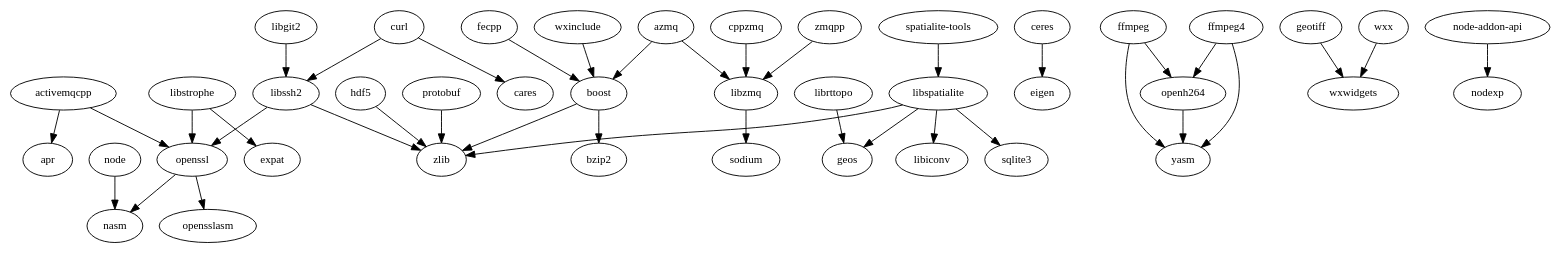
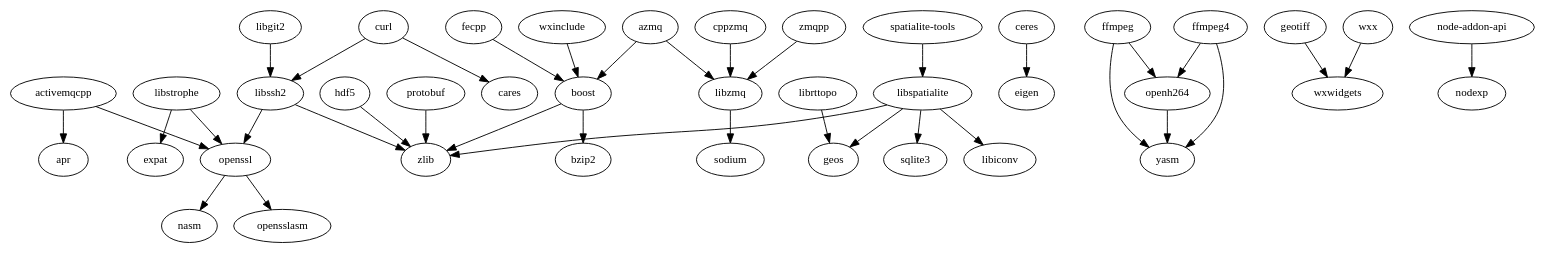
Before and after one commit to externpro/externpro: the diagram in cmake/deps.dot, drawn with Graphviz. The commit also changed 3 other files, not shown here.

```diff
--- a/cmake/deps.dot
+++ b/cmake/deps.dot
@@ -1,41 +1,40 @@
 digraph GG {
   node [fontsize=12];
   "activemqcpp" -> "apr";
   "activemqcpp" -> "openssl";
   "azmq" -> "boost";
   "azmq" -> "libzmq";
   "boost" -> "bzip2";
   "boost" -> "zlib";
   "ceres" -> "eigen";
   "cppzmq" -> "libzmq";
   "curl" -> "cares";
   "curl" -> "libssh2";
   "fecpp" -> "boost";
   "ffmpeg" -> "openh264";
   "ffmpeg" -> "yasm";
   "ffmpeg4" -> "openh264";
   "ffmpeg4" -> "yasm";
   "geotiff" -> "wxwidgets";
   "hdf5" -> "zlib";
   "libgit2" -> "libssh2";
   "librttopo" -> "geos";
   "libspatialite" -> "geos";
   "libspatialite" -> "libiconv";
   "libspatialite" -> "sqlite3";
   "libspatialite" -> "zlib";
   "libssh2" -> "openssl";
   "libssh2" -> "zlib";
   "libstrophe" -> "expat";
   "libstrophe" -> "openssl";
   "libzmq" -> "sodium";
-  "node" -> "nasm";
   "node-addon-api" -> "nodexp";
   "openh264" -> "yasm";
   "openssl" -> "nasm";
   "openssl" -> "opensslasm";
   "protobuf" -> "zlib";
   "spatialite-tools" -> "libspatialite";
   "wxinclude" -> "boost";
   "wxx" -> "wxwidgets";
   "zmqpp" -> "libzmq";
 }
```
